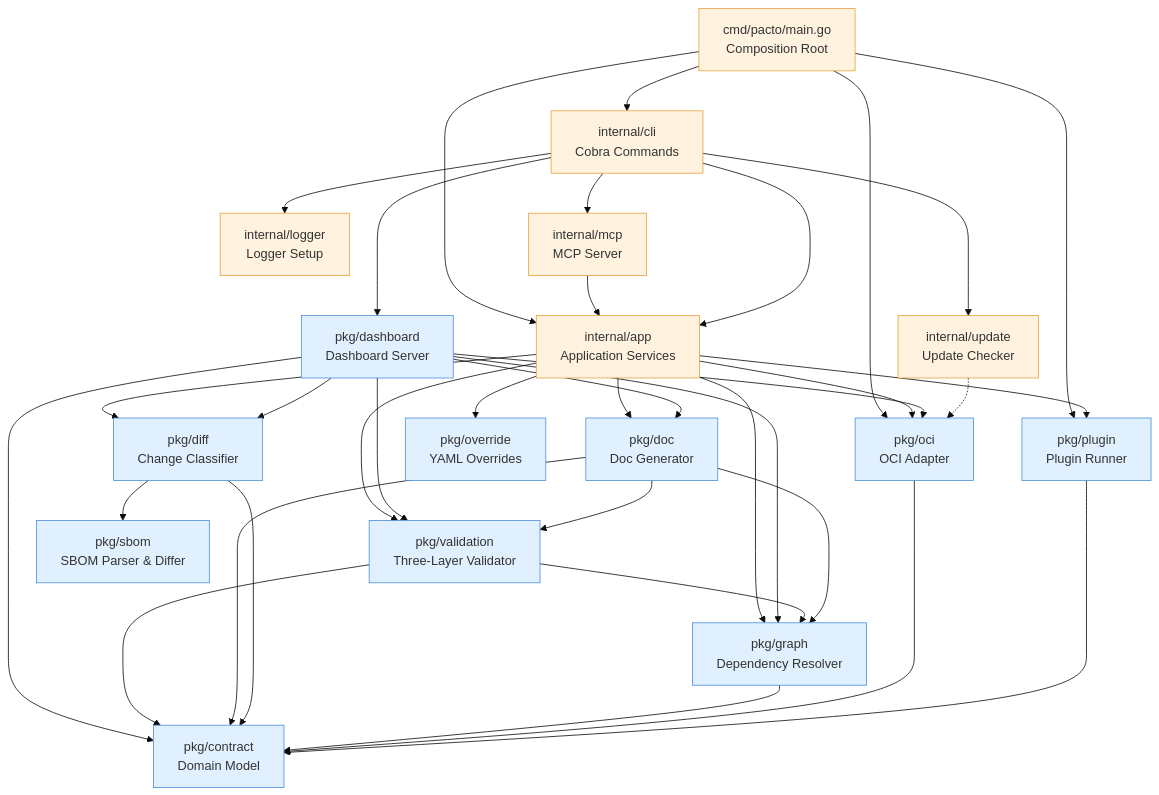
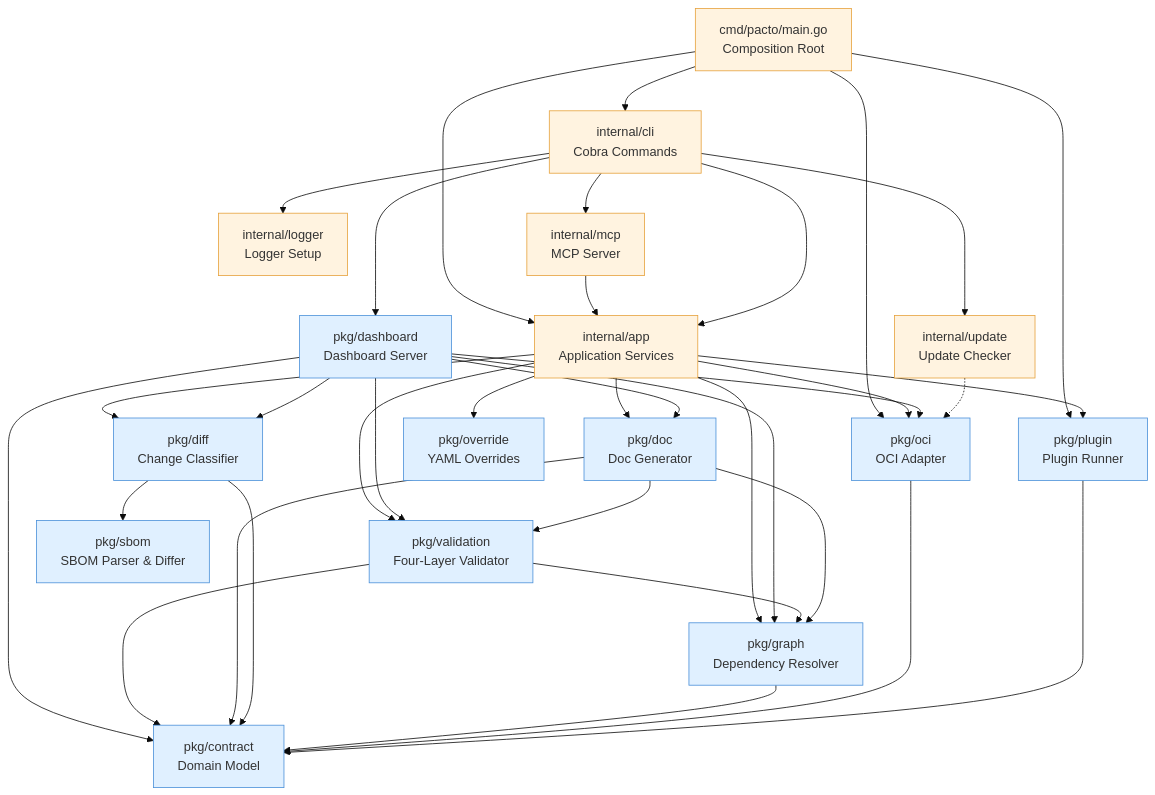
The first of 2 diagrams in docs/architecture.md (BurkeVeble83476n/pacto), drawn with Mermaid (base theme) before and after one commit. The commit also changed other lines of this file and 15 other files, not shown here.

````diff
--- a/docs/architecture.md
+++ b/docs/architecture.md
@@ -24,42 +24,42 @@
 ```mermaid
 graph TD
     MAIN[cmd/pacto/main.go<br/>Composition Root] --> CLI[internal/cli<br/>Cobra Commands]
     MAIN --> APP
     MAIN --> OCI
     MAIN --> PLUG
     CLI --> LOG[internal/logger<br/>Logger Setup]
     CLI --> MCP[internal/mcp<br/>MCP Server]
     CLI --> UPDATE[internal/update<br/>Update Checker]
     MCP --> APP
     CLI --> APP[internal/app<br/>Application Services]
-    APP --> VAL[pkg/validation<br/>Three-Layer Validator]
+    APP --> VAL[pkg/validation<br/>Four-Layer Validator]
     APP --> DIFF[pkg/diff<br/>Change Classifier]
     APP --> GRAPH[pkg/graph<br/>Dependency Resolver]
     APP --> OCI[pkg/oci<br/>OCI Adapter]
     APP --> PLUG[pkg/plugin<br/>Plugin Runner]
     APP --> DOC[pkg/doc<br/>Doc Generator]
     APP --> OVER[pkg/override<br/>YAML Overrides]
     CLI --> DASH[pkg/dashboard<br/>Dashboard Server]
     DASH --> CONTRACT
     DASH --> DOC
     DASH --> DIFF
     DASH --> VAL
     DASH --> GRAPH
     DASH --> OCI
     DIFF --> SBOM[pkg/sbom<br/>SBOM Parser & Differ]
     VAL --> GRAPH
     DOC --> GRAPH
     DOC --> VAL
     VAL --> CONTRACT[pkg/contract<br/>Domain Model]
     DOC --> CONTRACT
     DIFF --> CONTRACT
     GRAPH --> CONTRACT
     OCI --> CONTRACT
     PLUG --> CONTRACT
     UPDATE -.-> OCI
 
     classDef pkg fill:#e0f0ff,stroke:#4a90d9
     classDef internal fill:#fff3e0,stroke:#e6a23c
     class CONTRACT,VAL,DIFF,GRAPH,PLUG,DOC,SBOM,OVER,DASH,OCI pkg
     class APP,CLI,LOG,MCP,MAIN,UPDATE internal
 ```
````
